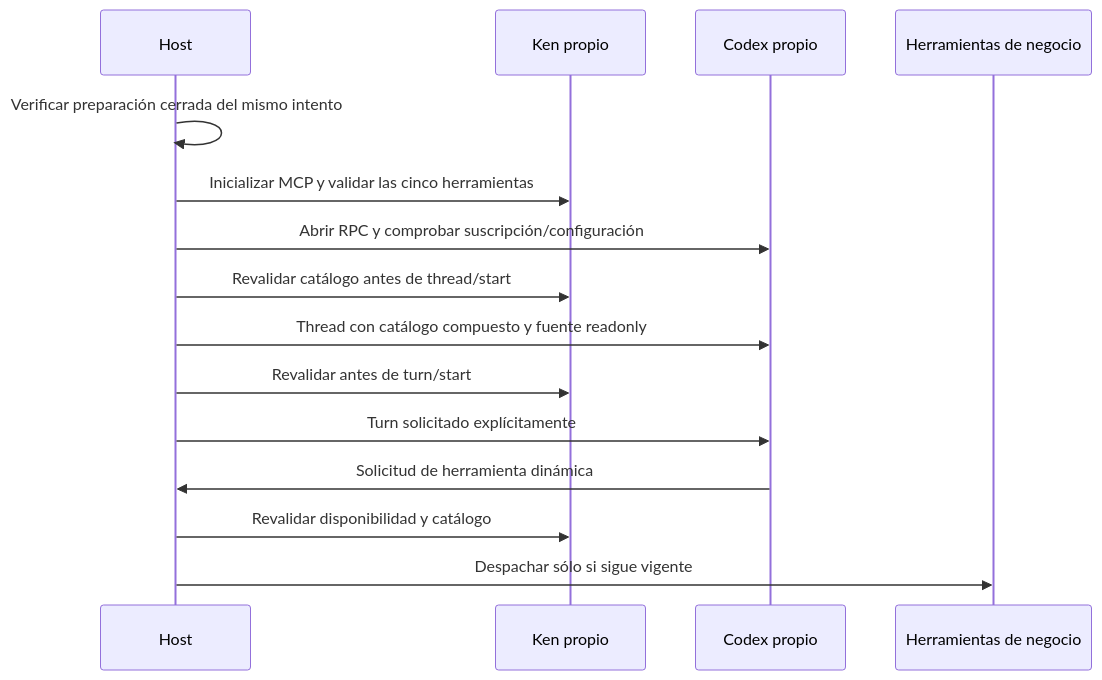
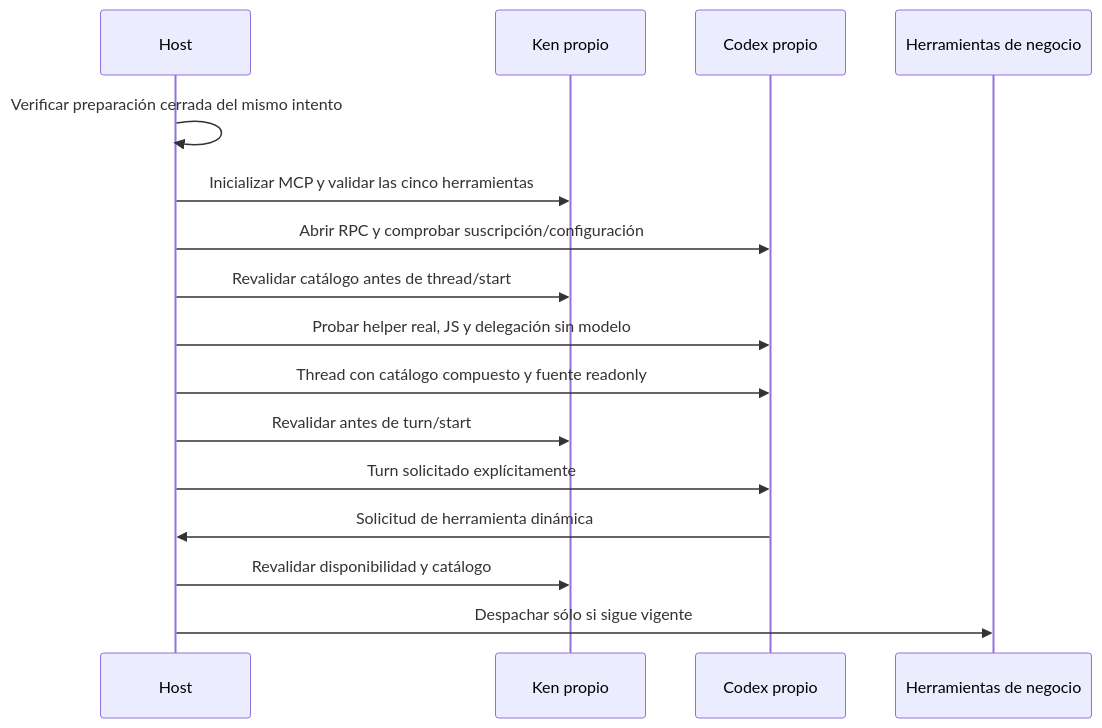
One commit to Infinibay/researcher changed the diagram in docs/architecture/broker-inference.md. Above: the diagram before and after it, drawn with Mermaid. The commit also changed other lines of this file and 21 other files, not shown here.

````diff
--- a/docs/architecture/broker-inference.md
+++ b/docs/architecture/broker-inference.md
@@ -43,17 +45,18 @@
 ```mermaid
 sequenceDiagram
     participant H as Host
     participant K as Ken propio
     participant N as Codex propio
     participant B as Herramientas de negocio
     H->>H: Verificar preparación cerrada del mismo intento
     H->>K: Inicializar MCP y validar las cinco herramientas
     H->>N: Abrir RPC y comprobar suscripción/configuración
     H->>K: Revalidar catálogo antes de thread/start
+    H->>N: Probar helper real, JS y delegación sin modelo
     H->>N: Thread con catálogo compuesto y fuente readonly
     H->>K: Revalidar antes de turn/start
     H->>N: Turn solicitado explícitamente
     N->>H: Solicitud de herramienta dinámica
     H->>K: Revalidar disponibilidad y catálogo
     H->>B: Despachar sólo si sigue vigente
 ```
````
